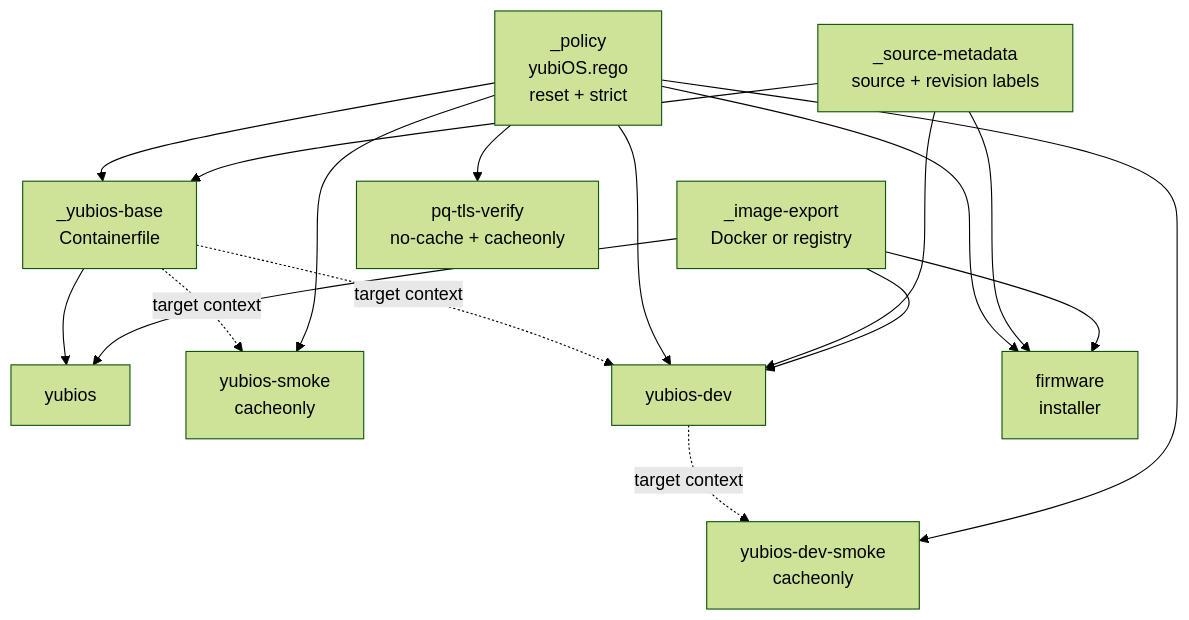
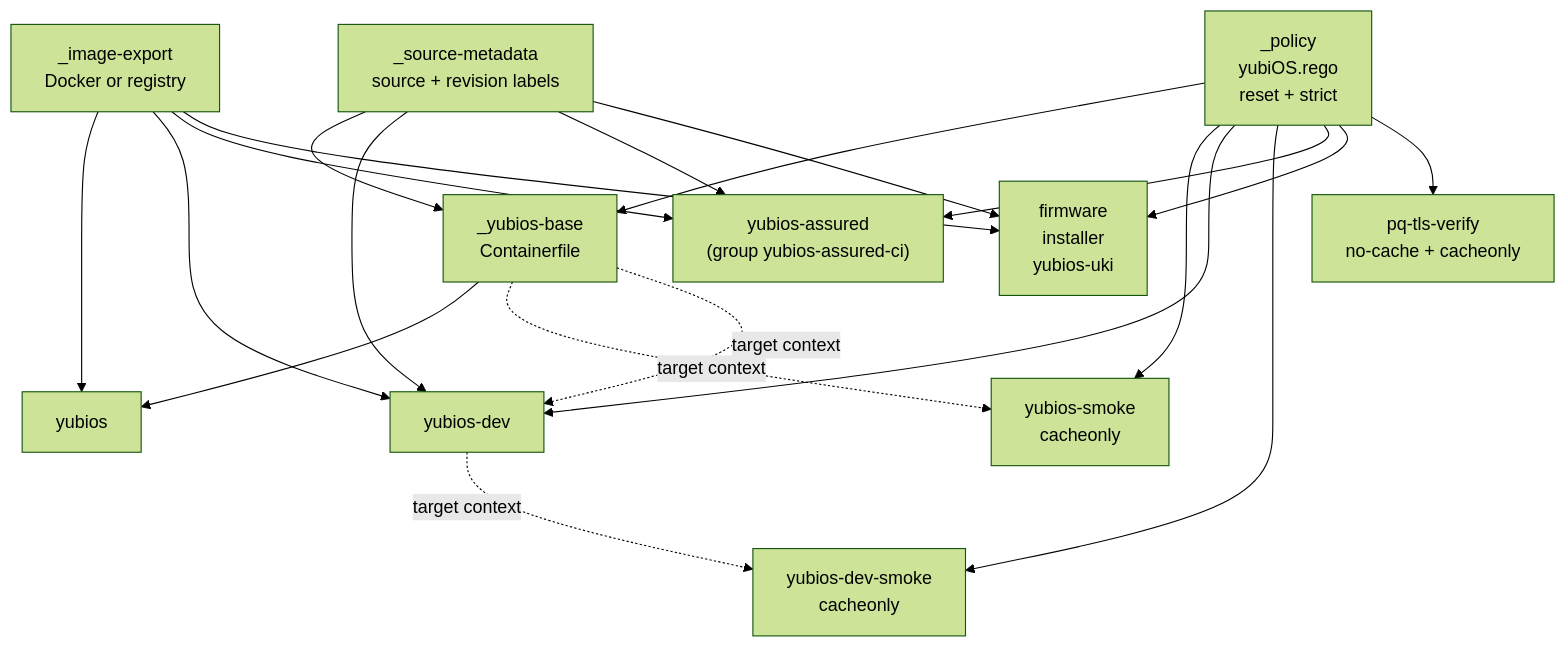
One commit to yubi-OS/yubiOS changed the seventh of 13 diagrams in docs/CI_MAP.md. Above: the diagram before and after it, drawn with Mermaid (forest theme). The commit also changed other lines of this file, not shown here.

Commit message:
docs(ci): refresh CI_MAP.md for 44-file census, 7-stage flash lane, and live ci-launchpad schema sync

````diff
--- a/docs/CI_MAP.md
+++ b/docs/CI_MAP.md
@@ -364,30 +612,34 @@
 ```mermaid
 flowchart TD
     policy["_policy\nyubiOS.rego\nreset + strict"]
     metadata["_source-metadata\nsource + revision labels"]
     exporter["_image-export\nDocker or registry"]
     base["_yubios-base\nContainerfile"]
     prod["yubios"]
     prod_smoke["yubios-smoke\ncacheonly"]
     dev["yubios-dev"]
     dev_smoke["yubios-dev-smoke\ncacheonly"]
-    artifacts["firmware\ninstaller"]
+    assured["yubios-assured\n(group yubios-assured-ci)"]
+    artifacts["firmware\ninstaller\nyubios-uki"]
     pq["pq-tls-verify\nno-cache + cacheonly"]
 
     policy --> base
     metadata --> base
     base --> prod
     exporter --> prod
     base -. "target context" .-> prod_smoke
     policy --> prod_smoke
     base -. "target context" .-> dev
     policy --> dev
     metadata --> dev
     exporter --> dev
     dev -. "target context" .-> dev_smoke
     policy --> dev_smoke
+    policy --> assured
+    metadata --> assured
+    exporter --> assured
     policy --> artifacts
     metadata --> artifacts
     exporter --> artifacts
     policy --> pq
 ```
````
